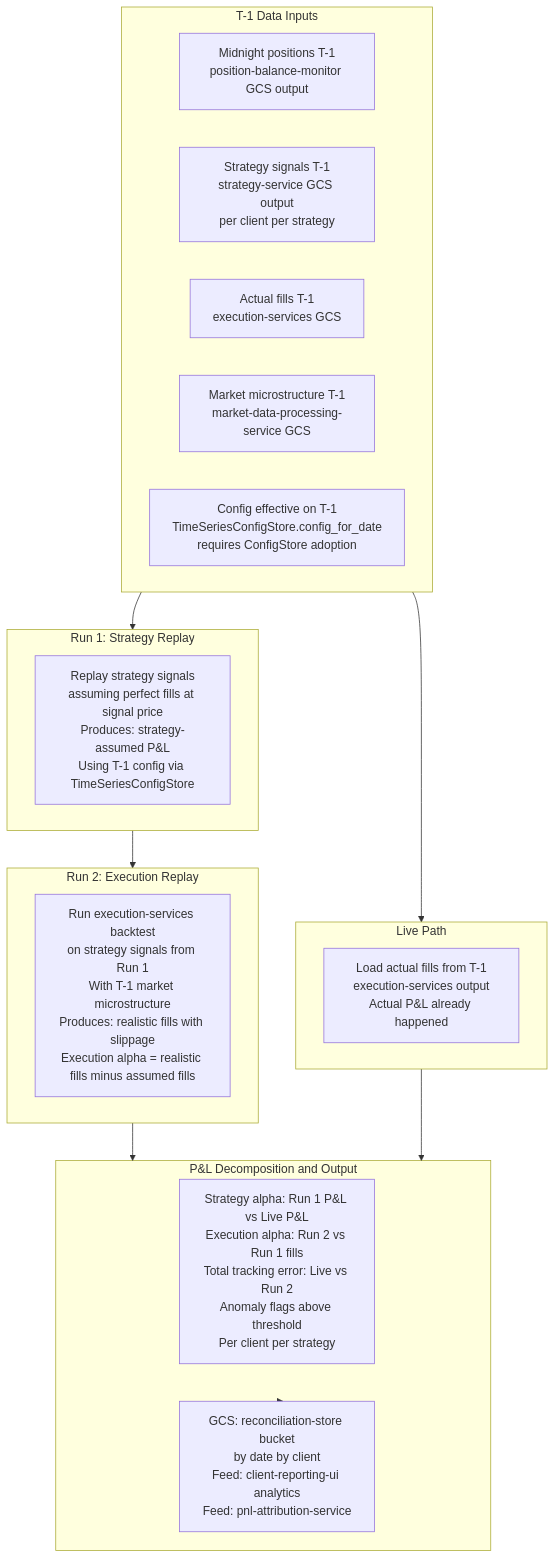
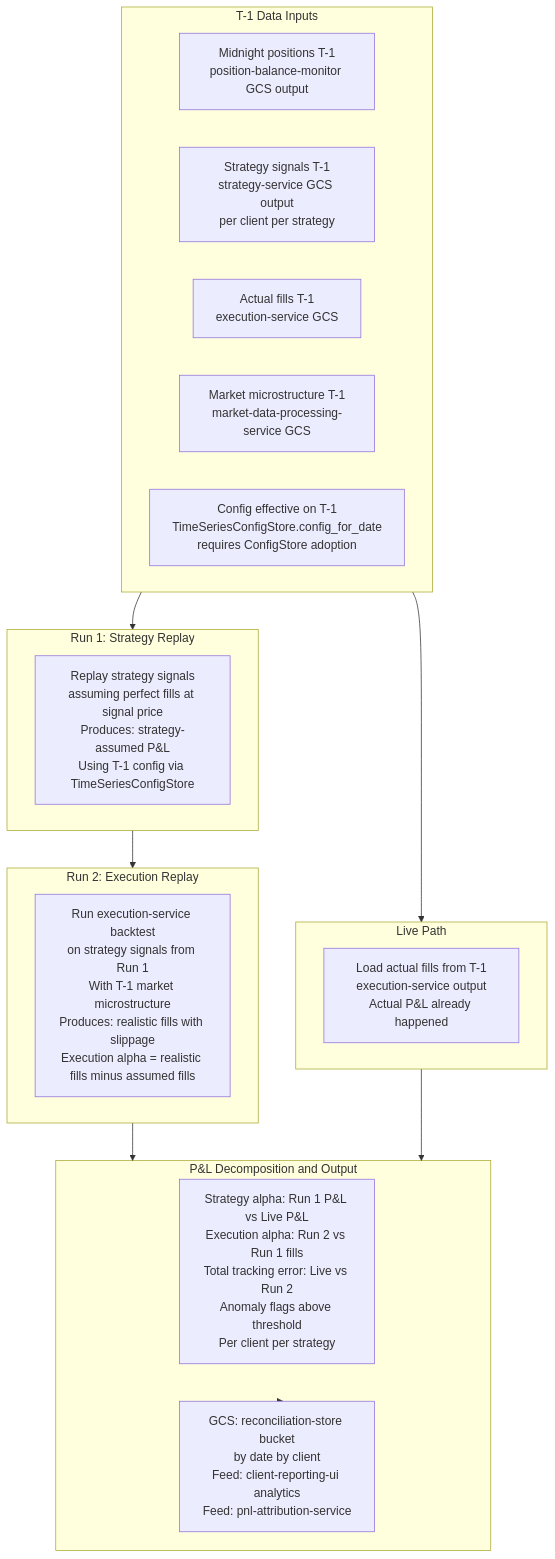
Before and after one commit to IggyIkenna/unified-trading-pm: the seventh of 7 diagrams in plans/ai/archive/docs_architecture_reform_4768a732.plan.md, drawn with Mermaid. The commit also changed other lines of this file and 122 other files, not shown here.

First line of the commit message:
fix: rename ml-deployment-ui→ml-training-ui and backtest-ui→execution-analytics-ui in manifests+plans

````diff
--- a/plans/ai/archive/docs_architecture_reform_4768a732.plan.md
+++ b/plans/ai/archive/docs_architecture_reform_4768a732.plan.md
@@ -1855,34 +1855,34 @@
 ```mermaid
 flowchart TD
     subgraph inputs [T-1 Data Inputs]
         POS["Midnight positions T-1\nposition-balance-monitor GCS output"]
         SIG["Strategy signals T-1\nstrategy-service GCS output\nper client per strategy"]
-        FILLS["Actual fills T-1\nexecution-services GCS"]
+        FILLS["Actual fills T-1\nexecution-service GCS"]
         MKT["Market microstructure T-1\nmarket-data-processing-service GCS"]
         CFG["Config effective on T-1\nTimeSeriesConfigStore.config_for_date\nrequires ConfigStore adoption"]
     end
 
     subgraph run1 [Run 1: Strategy Replay]
         SR["Replay strategy signals\nassuming perfect fills at signal price\nProduces: strategy-assumed P&L\nUsing T-1 config via TimeSeriesConfigStore"]
     end
 
     subgraph run2 [Run 2: Execution Replay]
-        ER["Run execution-services backtest\non strategy signals from Run 1\nWith T-1 market microstructure\nProduces: realistic fills with slippage\nExecution alpha = realistic fills minus assumed fills"]
+        ER["Run execution-service backtest\non strategy signals from Run 1\nWith T-1 market microstructure\nProduces: realistic fills with slippage\nExecution alpha = realistic fills minus assumed fills"]
     end
 
     subgraph live_path [Live Path]
-        LV["Load actual fills from T-1\nexecution-services output\nActual P&L already happened"]
+        LV["Load actual fills from T-1\nexecution-service output\nActual P&L already happened"]
     end
 
     subgraph decompose [P&L Decomposition and Output]
         DIFF["Strategy alpha: Run 1 P&L vs Live P&L\nExecution alpha: Run 2 vs Run 1 fills\nTotal tracking error: Live vs Run 2\nAnomaly flags above threshold\nPer client per strategy"]
         OUT["GCS: reconciliation-store bucket\nby date by client\nFeed: client-reporting-ui analytics\nFeed: pnl-attribution-service"]
     end
 
     inputs --> run1
     run1 --> run2
     inputs --> live_path
     run2 --> decompose
     live_path --> decompose
     decompose --> OUT
 ```
````
